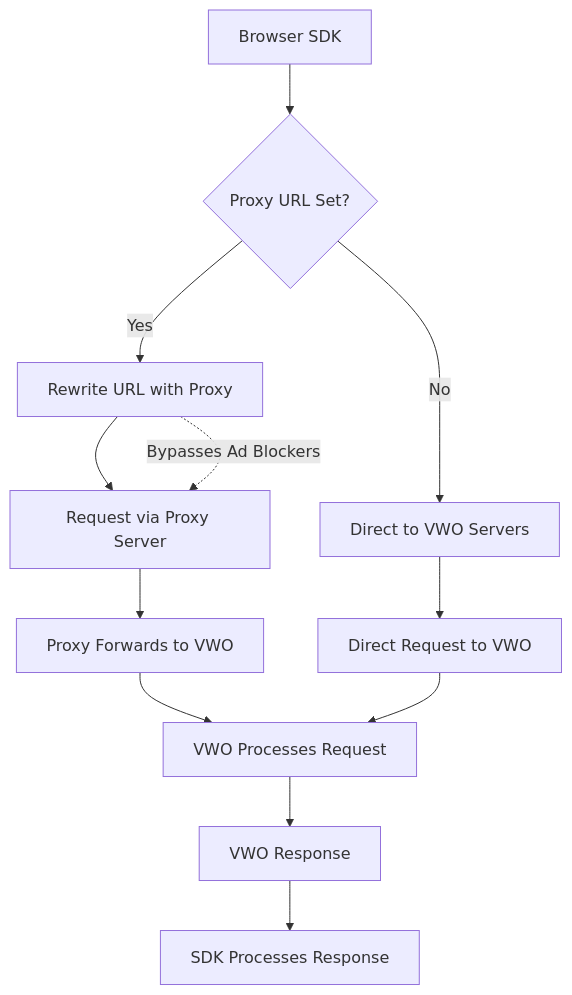
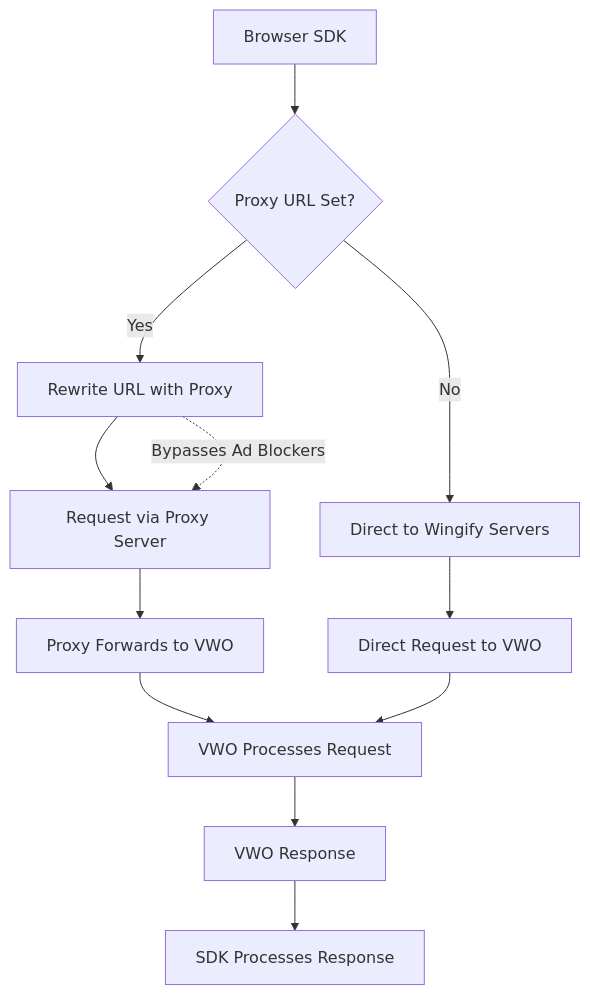
The diagram in docs/SDK Reference/javascript-sdk-reference/proxy-url-prevent-ad-blockers.md (wingify/readme-central), drawn with Mermaid before and after one commit. The commit also changed other lines of this file and 252 other files, not shown here.

Commit message:
Update documentation to replace all instances of "VWO" with "Wingify"

````diff
--- a/docs/SDK Reference/javascript-sdk-reference/proxy-url-prevent-ad-blockers.md
+++ b/docs/SDK Reference/javascript-sdk-reference/proxy-url-prevent-ad-blockers.md
@@ -37,18 +37,18 @@
 ```mermaid
 flowchart TD
     A["Browser SDK"] --> B{"Proxy URL Set?"}
     B -- Yes --> C["Rewrite URL with Proxy"]
-    B -- No --> D["Direct to VWO Servers"]
+    B -- No --> D["Direct to Wingify Servers"]
     C --> E["Request via Proxy Server"]
     E --> G["Proxy Forwards to VWO"]
     D --> F["Direct Request to VWO"]
     G --> H["VWO Processes Request"]
     F --> H
     H --> I["VWO Response"]
     I --> J["SDK Processes Response"]
     C -. Bypasses Ad Blockers .-> E
 
 
 
 
 ```
````
